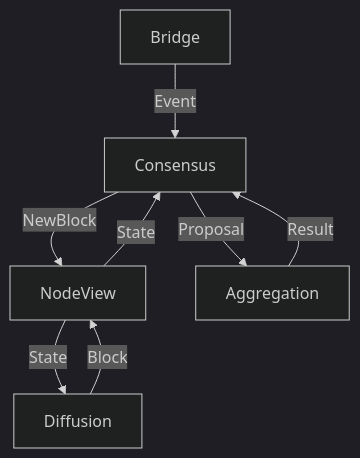
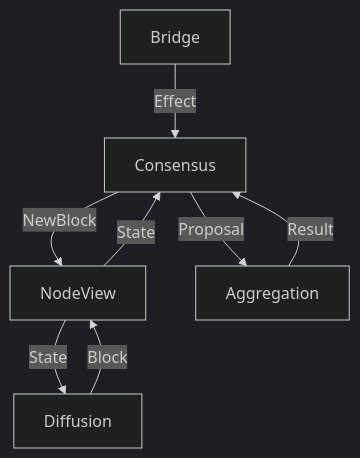
One commit to spectrum-finance/spectrum changed the first of 2 diagrams in docs/ConsensusDriver.md. Above: the diagram before and after it, drawn with Mermaid (dark theme). The commit also changed other lines of this file and 6 other files, not shown here.

````diff
--- a/docs/ConsensusDriver.md
+++ b/docs/ConsensusDriver.md
@@ -3,10 +4,10 @@
 ```mermaid
 flowchart TD
-    BR[Bridge]-->|Event|C[Consensus]
+    BR[Bridge]-->|Effect|C[Consensus]
     NV[NodeView]-->|State|C
     DF[Diffusion]-->|Block|NV
     NV-->|State|DF
     C-->|NewBlock|NV
     C-->|Proposal|AG[Aggregation]
     AG-->|Result|C
 ```
````
